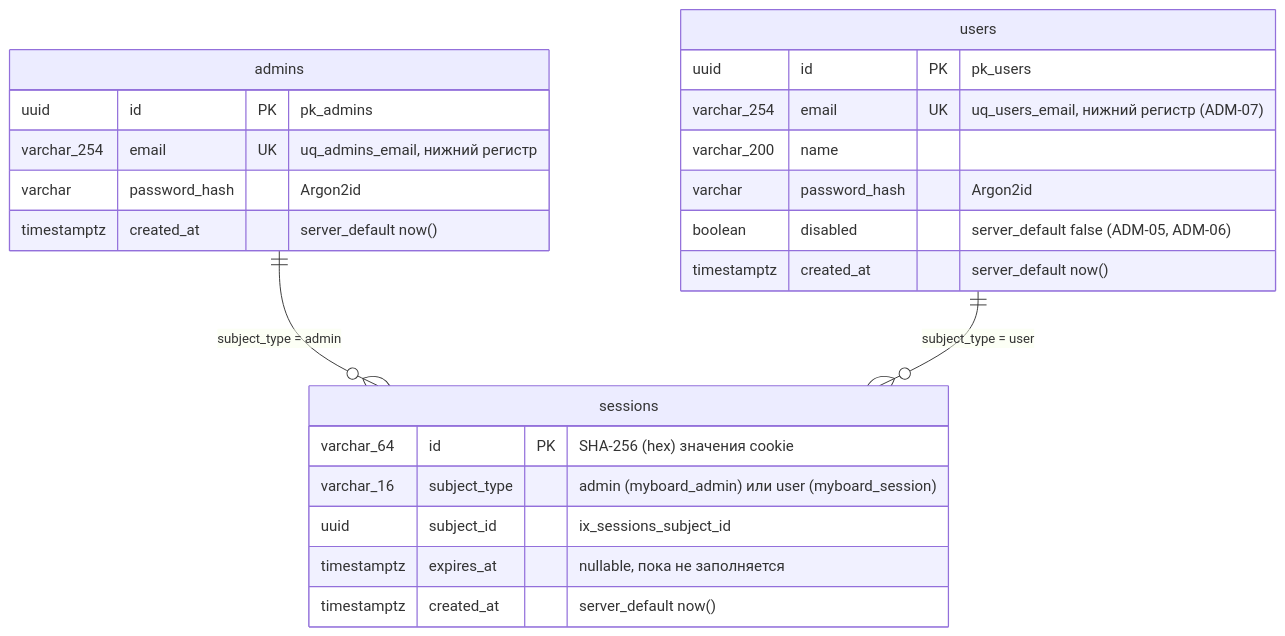
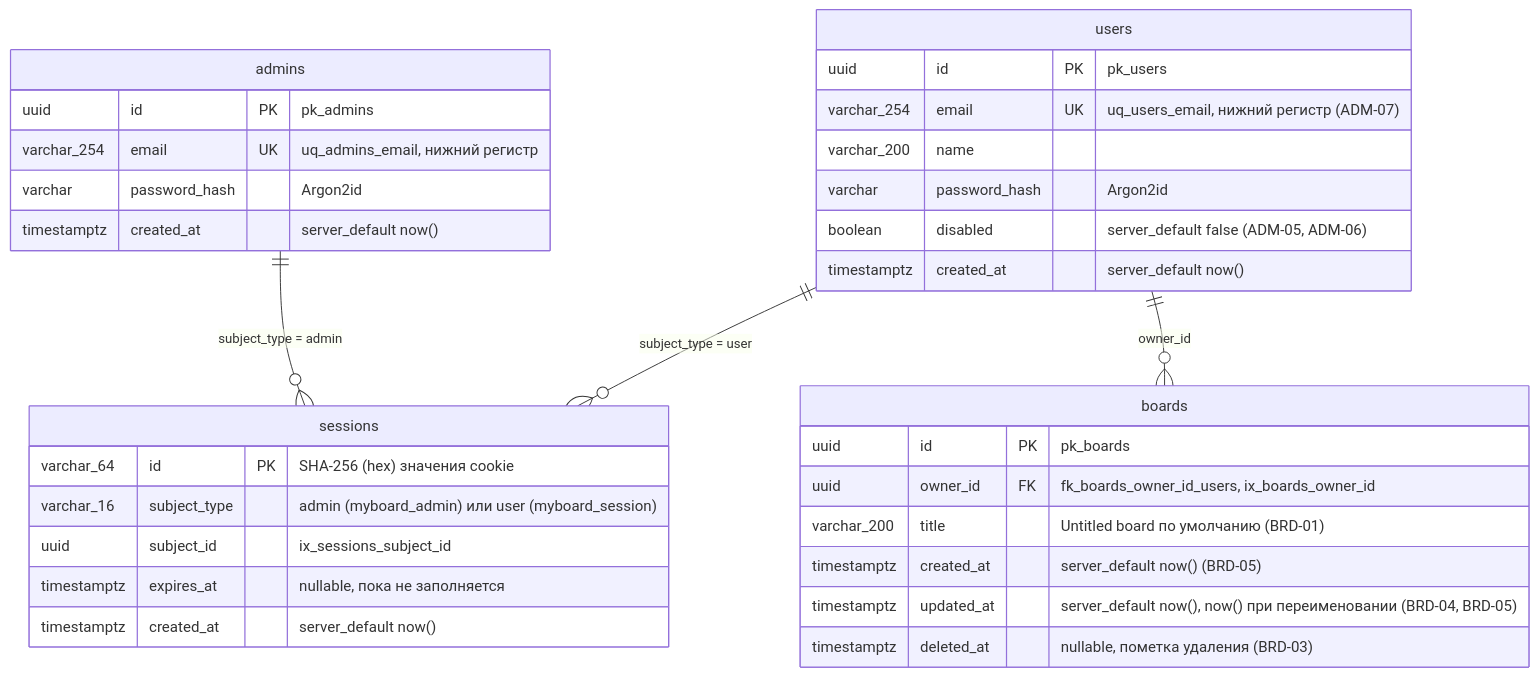
Before and after one commit to shumakove/myboard: the diagram in uml/data-model.md, drawn with Mermaid. The commit also changed other lines of this file and 3 other files, not shown here.

Commit message:
T2.1: Обновить UML-схемы списка досок

````diff
--- a/uml/data-model.md
+++ b/uml/data-model.md
@@ -5,26 +5,35 @@
 ```mermaid
 erDiagram
   admins {
     uuid id PK "pk_admins"
     varchar_254 email UK "uq_admins_email, нижний регистр"
     varchar password_hash "Argon2id"
     timestamptz created_at "server_default now()"
   }
   users {
     uuid id PK "pk_users"
     varchar_254 email UK "uq_users_email, нижний регистр (ADM-07)"
     varchar_200 name
     varchar password_hash "Argon2id"
     boolean disabled "server_default false (ADM-05, ADM-06)"
     timestamptz created_at "server_default now()"
   }
   sessions {
     varchar_64 id PK "SHA-256 (hex) значения cookie"
     varchar_16 subject_type "admin (myboard_admin) или user (myboard_session)"
     uuid subject_id "ix_sessions_subject_id"
     timestamptz expires_at "nullable, пока не заполняется"
     timestamptz created_at "server_default now()"
   }
+  boards {
+    uuid id PK "pk_boards"
+    uuid owner_id FK "fk_boards_owner_id_users, ix_boards_owner_id"
+    varchar_200 title "Untitled board по умолчанию (BRD-01)"
+    timestamptz created_at "server_default now() (BRD-05)"
+    timestamptz updated_at "server_default now(), now() при переименовании (BRD-04, BRD-05)"
+    timestamptz deleted_at "nullable, пометка удаления (BRD-03)"
+  }
   admins ||--o{ sessions : "subject_type = admin"
   users ||--o{ sessions : "subject_type = user"
+  users ||--o{ boards : "owner_id"
 ```
````
